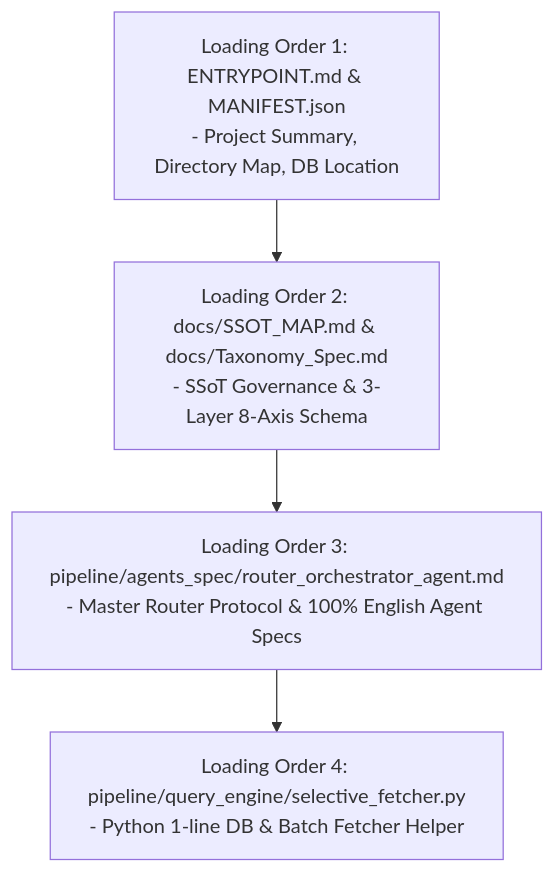
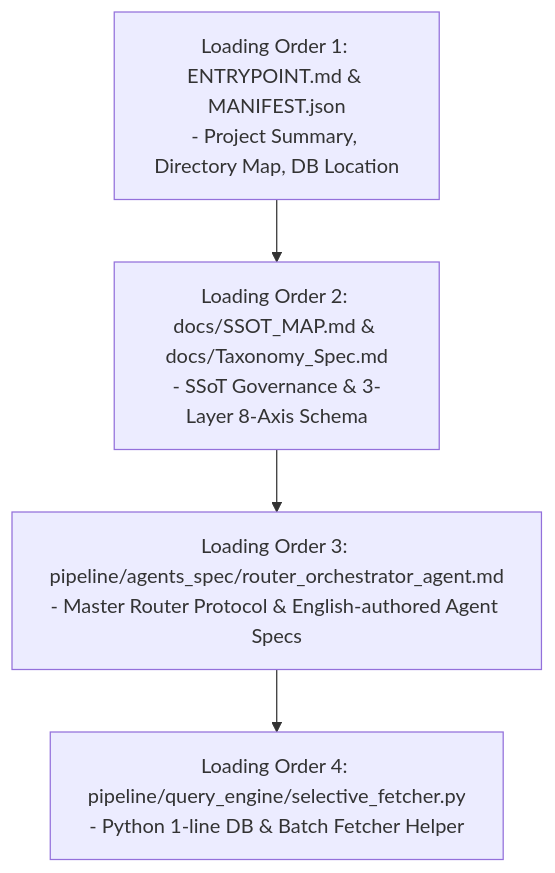
One commit to park-kyungchan/kice-math-agent-infra changed the diagram in ENTRYPOINT.md. Above: the diagram before and after it, drawn with Mermaid. The commit also changed other lines of this file and 6 other files, not shown here.

````diff
--- a/ENTRYPOINT.md
+++ b/ENTRYPOINT.md
@@ -18,6 +27,6 @@
 ```mermaid
 graph TD
     LO1["Loading Order 1: ENTRYPOINT.md & MANIFEST.json<br/>- Project Summary, Directory Map, DB Location"] --> LO2["Loading Order 2: docs/SSOT_MAP.md & docs/Taxonomy_Spec.md<br/>- SSoT Governance & 3-Layer 8-Axis Schema"]
-    LO2 --> LO3["Loading Order 3: pipeline/agents_spec/router_orchestrator_agent.md<br/>- Master Router Protocol & 100% English Agent Specs"]
+    LO2 --> LO3["Loading Order 3: pipeline/agents_spec/router_orchestrator_agent.md<br/>- Master Router Protocol & English-authored Agent Specs"]
     LO3 --> LO4["Loading Order 4: pipeline/query_engine/selective_fetcher.py<br/>- Python 1-line DB & Batch Fetcher Helper"]
 ```
````
